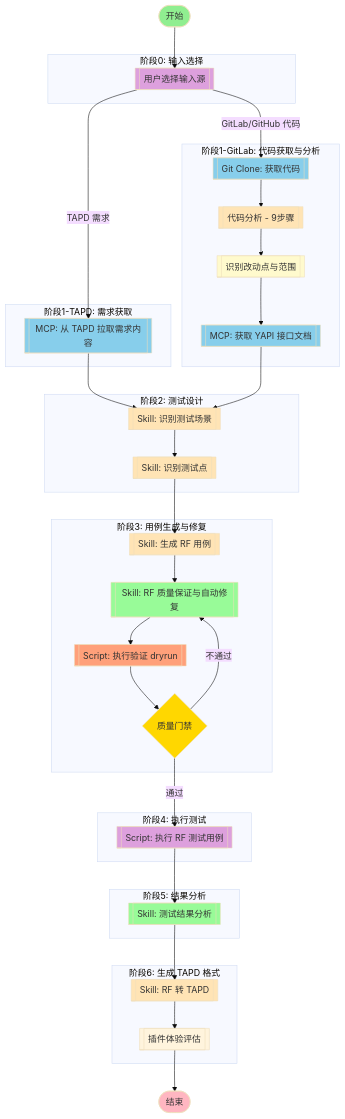
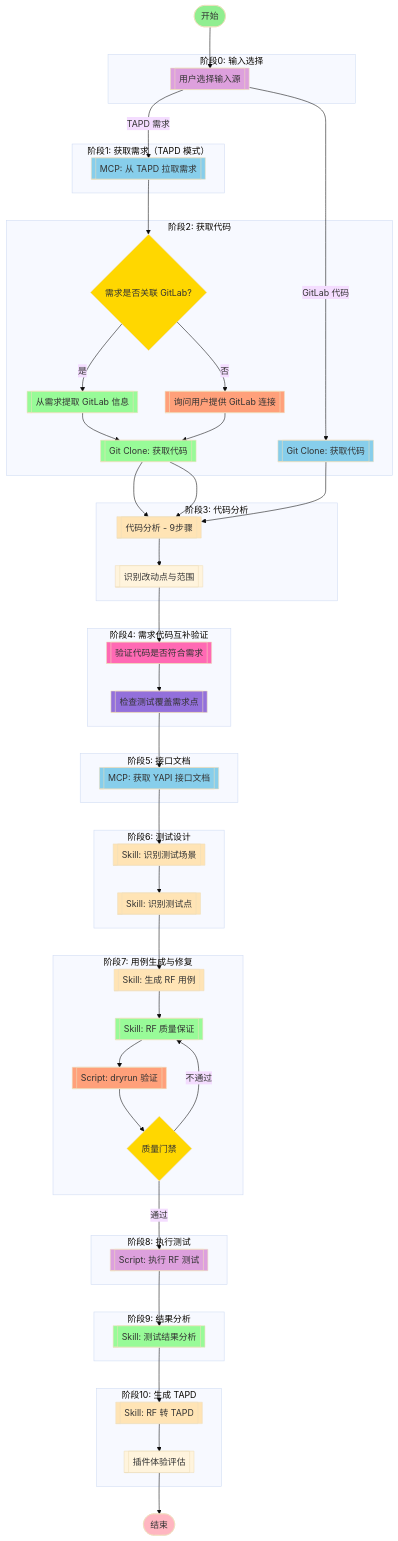
One commit to JoeyTrribbiani/rf-testing-plugin changed the diagram in 05-plugins/rf-testing/workflows/full-test-pipeline.md. Above: the diagram before and after it, drawn with Mermaid (base theme). The commit also changed other lines of this file and 2 other files, not shown here.

First line of the commit message:
feat: 实现 TAPD 需求与代码互补验证机制，修复 Skill 调用方式

```diff
--- a/05-plugins/rf-testing/workflows/full-test-pipeline.md
+++ b/05-plugins/rf-testing/workflows/full-test-pipeline.md
@@ -20,50 +21,73 @@
         input_select[[用户选择输入源]]
     end
 
-    subgraph 阶段1_TAPD["阶段1-TAPD: 需求获取"]
-        mcp_fetch[[MCP: 从 TAPD 拉取需求内容]]
+    subgraph 阶段1["阶段1: 获取需求（TAPD 模式）"]
+        mcp_fetch[[MCP: 从 TAPD 拉取需求]]
     end
 
-    subgraph 阶段1_GitLab["阶段1-GitLab: 代码获取与分析"]
+    subgraph 阶段2["阶段2: 获取代码"]
+        decision_linked{需求是否关联 GitLab?}
+        tapd_get_linked[[从需求提取 GitLab 信息]]
+        gitlab_fetch_linked[[Git Clone: 获取代码]]
+        ask_gitlab[[询问用户提供 GitLab 连接]]
         mcp_gitlab[[Git Clone: 获取代码]]
+    end
+
+    subgraph 阶段3["阶段3: 代码分析"]
         code_analysis[[代码分析 - 9步骤]]
         change_detect[[识别改动点与范围]]
-        mcp_yapi_gitlab[[MCP: 获取 YAPI 接口文档]]
     end
 
-    subgraph 阶段2["阶段2: 测试设计"]
+    subgraph 阶段4["阶段4: 需求代码互补验证"]
+        verify_fit[[验证代码是否符合需求]]
+        coverage_check[[检查测试覆盖需求点]]
+    end
+
+    subgraph 阶段5["阶段5: 接口文档"]
+        mcp_yapi[[MCP: 获取 YAPI 接口文档]]
+    end
+
+    subgraph 阶段6["阶段6: 测试设计"]
         skill_scenario[[Skill: 识别测试场景]]
         skill_points[[Skill: 识别测试点]]
     end
 
-    subgraph 阶段3["阶段3: 用例生成与修复"]
+    subgraph 阶段7["阶段7: 用例生成与修复"]
         skill_generation[[Skill: 生成 RF 用例]]
-        skill_rf_qa[[Skill: RF 质量保证与自动修复]]
-        script_validate[[Script: 执行验证 dryrun]]
+        skill_rf_qa[[Skill: RF 质量保证]]
+        script_validate[[Script: dryrun 验证]]
         decision_quality{质量门禁}
     end
 
-    subgraph 阶段4["阶段4: 执行测试"]
-        script_execute[[Script: 执行 RF 测试用例]]
+    subgraph 阶段8["阶段8: 执行测试"]
+        script_execute[[Script: 执行 RF 测试]]
     end
 
-    subgraph 阶段5["阶段5: 结果分析"]
+    subgraph 阶段9["阶段9: 结果分析"]
         skill_results[[Skill: 测试结果分析]]
     end
 
-    subgraph 阶段6["阶段6: 生成 TAPD 格式"]
+    subgraph 阶段10["阶段10: 生成 TAPD"]
         skill_conversion[[Skill: RF 转 TAPD]]
         plugin_feedback[[插件体验评估]]
     end
 
     start_node --> input_select
     input_select -->|TAPD 需求| mcp_fetch
-    input_select -->|GitLab/GitHub 代码| mcp_gitlab
-    mcp_fetch --> skill_scenario
+    input_select -->|GitLab 代码| mcp_gitlab
+    mcp_fetch --> decision_linked
+    decision_linked -->|是| tapd_get_linked
+    tapd_get_linked --> gitlab_fetch_linked
+    gitlab_fetch_linked --> code_analysis
+    decision_linked -->|否| ask_gitlab
+    ask_gitlab --> gitlab_fetch_linked
+    gitlab_fetch_linked --> code_analysis
     mcp_gitlab --> code_analysis
     code_analysis --> change_detect
-    change_detect --> mcp_yapi_gitlab
-    mcp_yapi_gitlab --> skill_scenario
+    change_detect --> verify_fit
+    verify_fit --> coverage_check
+    coverage_check --> mcp_yapi
+    mcp_yapi --> skill_scenario
     skill_scenario --> skill_points
     skill_points --> skill_generation
     skill_generation --> skill_rf_qa
@@ -80,10 +104,15 @@
     style end_node fill:#FFB6C1
     style input_select fill:#DDA0DD
     style mcp_fetch fill:#87CEEB
+    style decision_linked fill:#FFD700
+    style tapd_get_linked fill:#98FB98
+    style ask_gitlab fill:#FFA07A
     style mcp_gitlab fill:#87CEEB
-    style mcp_yapi_gitlab fill:#87CEEB
+    style gitlab_fetch_linked fill:#98FB98
     style code_analysis fill:#FFE4B5
-    style change_detect fill:#FFFACD
+    style verify_fit fill:#FF69B4
+    style coverage_check fill:#9370DB
+    style mcp_yapi fill:#87CEEB
     style skill_scenario fill:#FFE4B5
     style skill_points fill:#FFE4B5
     style skill_generation fill:#FFE4B5
```
